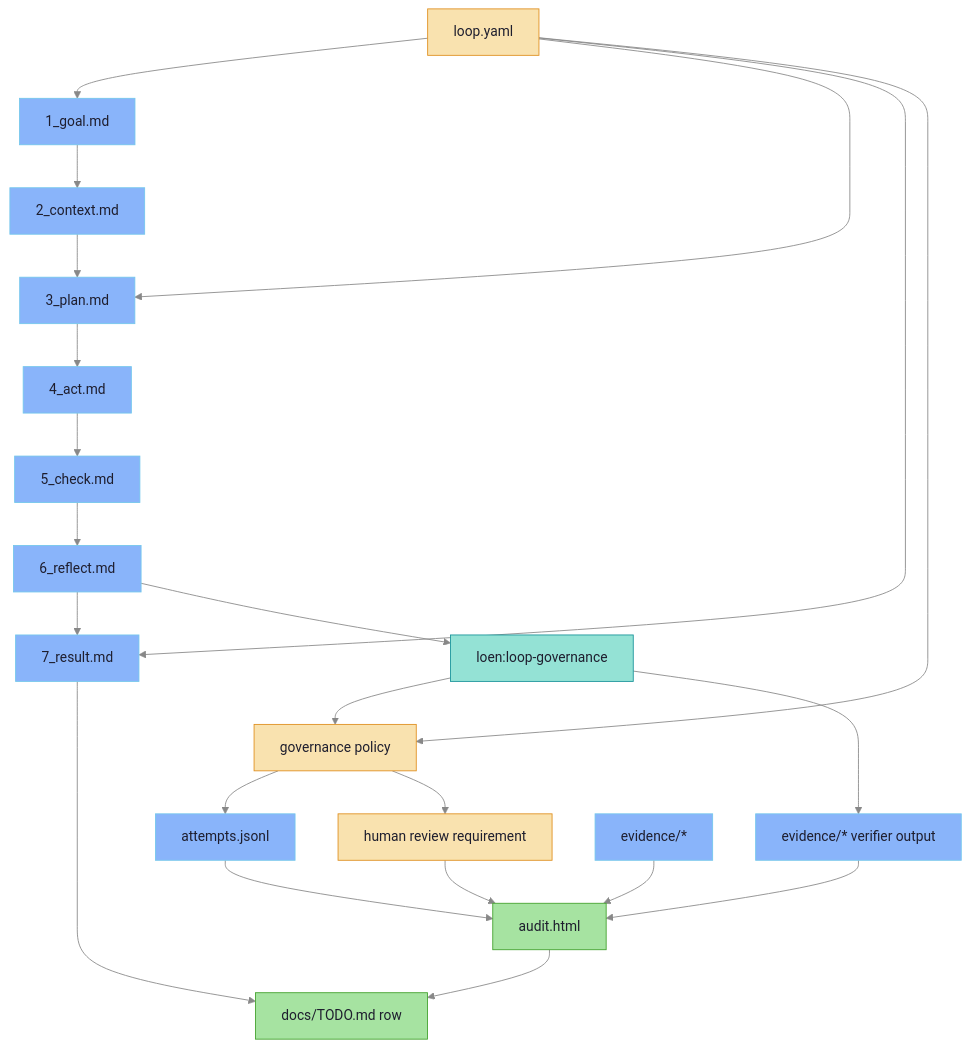
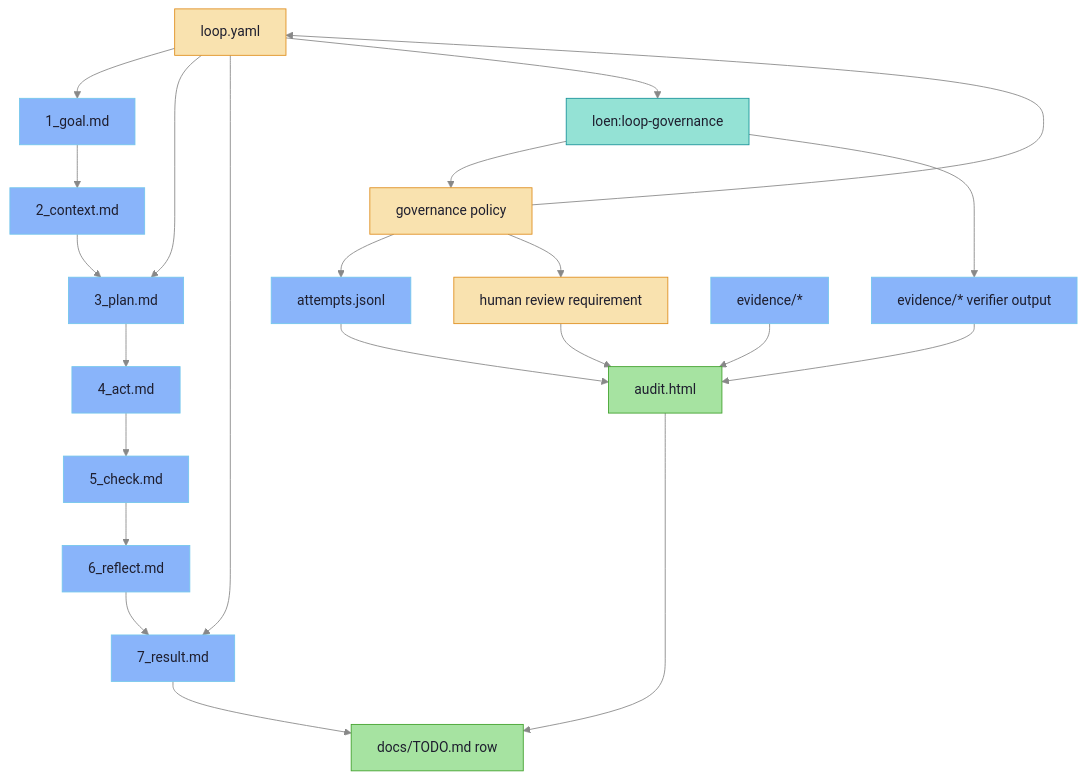
The third of 3 diagrams in plugins/loen/docs/architecture.md (ikeniborn/icodex), drawn with Mermaid before and after one commit. The commit also changed 6 other files, not shown here.

Commit message:
docs(loen): clarify governance branch entrypoint

````diff
--- a/plugins/loen/docs/architecture.md
+++ b/plugins/loen/docs/architecture.md
@@ -120,34 +120,34 @@
 ```mermaid
 %%{init: {'theme': 'base', 'themeVariables': {'background': '#1e1e2e', 'primaryColor': '#313244', 'primaryTextColor': '#cdd6f4', 'primaryBorderColor': '#89b4fa', 'lineColor': '#888888', 'secondaryColor': '#181825', 'tertiaryColor': '#45475a'}}}%%
 flowchart TD
     Goal["1_goal.md"] --> Context["2_context.md"]
     Context --> Plan["3_plan.md"]
     Plan --> Act["4_act.md"]
     Act --> Check["5_check.md"]
     Check --> Reflect["6_reflect.md"]
     Reflect --> Result["7_result.md"]
-    Reflect --> GovernanceRun["loen:loop-governance"]
     LoopYaml["loop.yaml"] --> Goal
     LoopYaml --> Plan
     LoopYaml --> Result
-    LoopYaml --> GovernancePolicy["governance policy"]
+    LoopYaml --> GovernanceRun["loen:loop-governance"]
     GovernanceRun --> GovernancePolicy
+    GovernancePolicy["governance policy"] --> LoopYaml
     GovernancePolicy --> Attempts["attempts.jsonl"]
     Attempts["attempts.jsonl"] --> AuditHtml["audit.html"]
     GovernanceRun --> GovernanceEvidence["evidence/* verifier output"]
     GovernanceEvidence --> AuditHtml
     GovernancePolicy --> HumanReview["human review requirement"]
     HumanReview --> AuditHtml
     Evidence["evidence/*"] --> AuditHtml
     Result --> TodoRow["docs/TODO.md row"]
     AuditHtml --> TodoRow
 
     classDef artifact fill:#89b4fa,color:#1e1e2e,stroke:#74c7ec
     classDef contract fill:#f9e2af,color:#1e1e2e,stroke:#df8e1d
     classDef report fill:#a6e3a1,color:#1e1e2e,stroke:#40a02b
     classDef governance fill:#94e2d5,color:#1e1e2e,stroke:#179299
     class Goal,Context,Plan,Act,Check,Reflect,Result,Attempts,Evidence,GovernanceEvidence artifact
     class LoopYaml,GovernancePolicy,HumanReview contract
     class GovernanceRun governance
     class AuditHtml,TodoRow report
 ```
````
